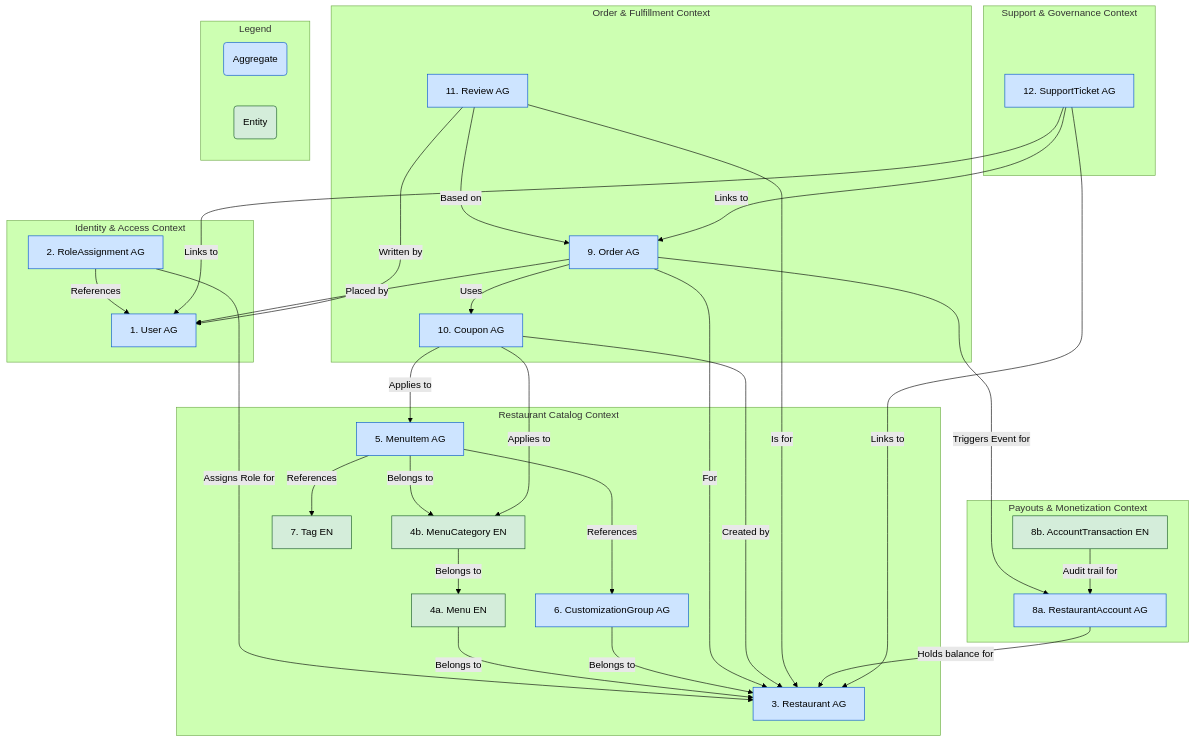
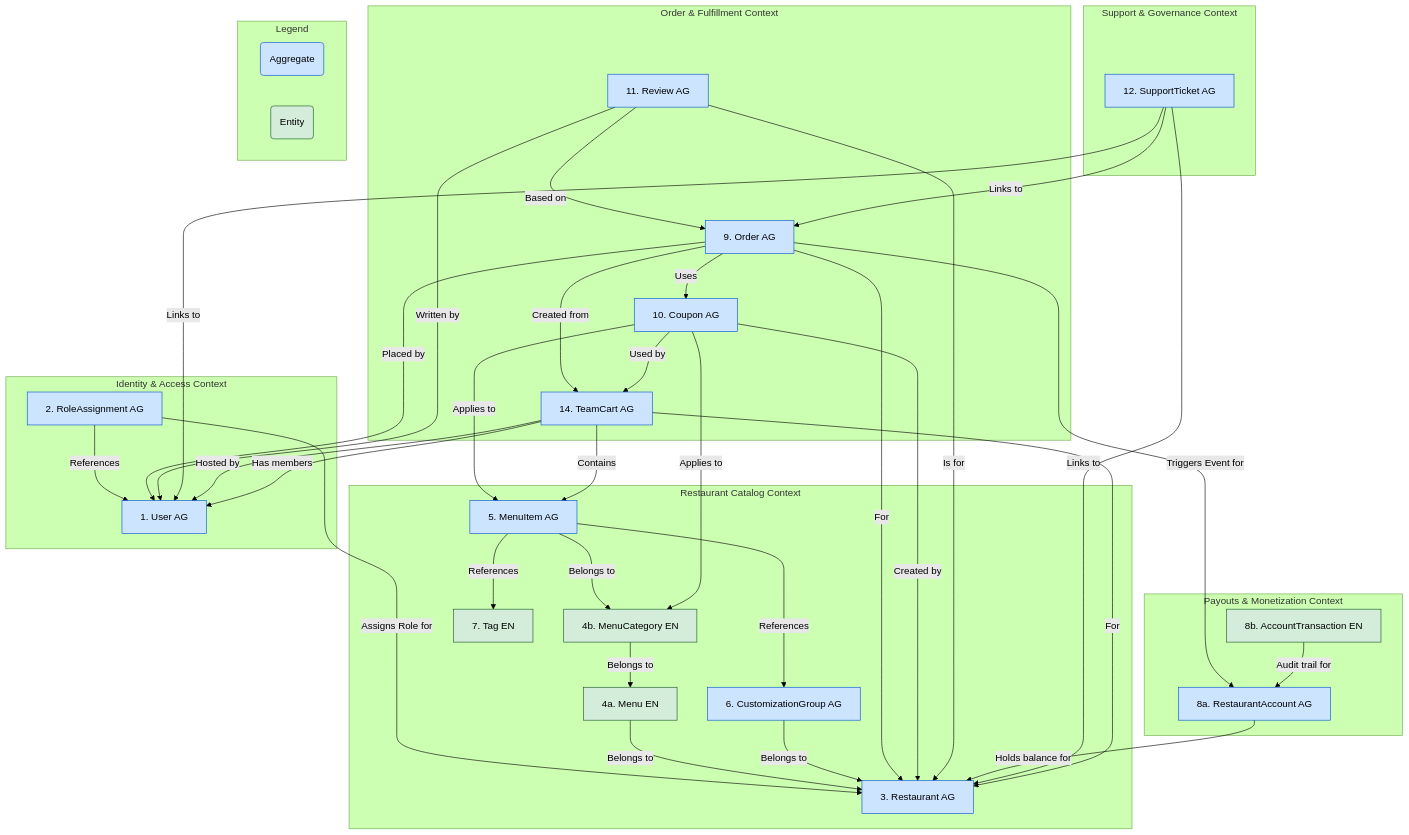
One commit to hoangvu1420/YummyZoom changed the diagram in Docs/Architecture/Domain_Design.md. Above: the diagram before and after it, drawn with Mermaid (forest theme). The commit also changed other lines of this file and 3 other files, not shown here.

First line of the commit message:
feat(team-cart): Implement and document TeamCart aggregate

````diff
--- a/Docs/Architecture/Domain_Design.md
+++ b/Docs/Architecture/Domain_Design.md
@@ -363,6 +424,7 @@
         O[9. Order AG]
         C[10. Coupon AG]
         RV[11. Review AG]
+        TC[14. TeamCart AG]
     end
     
     subgraph Payouts & Monetization Context
@@ -399,10 +461,12 @@
     O -- For --> R
     O -- Uses --> C
     O -- Triggers Event for --> RAcc
+    O -- Created from --> TC
 
     C -- Created by --> R
     C -- Applies to --> MenuItem
     C -- Applies to --> MenuCat
+    C -- Used by --> TC
 
     RV -- Based on --> O
     RV -- Written by --> U
@@ -414,6 +478,11 @@
     ST -- Links to --> U
     ST -- Links to --> O
     ST -- Links to --> R
+    
+    TC -- Hosted by --> U
+    TC -- Has members --> U
+    TC -- For --> R
+    TC -- Contains --> MenuItem
     
     %% Styling
     style U fill:#cde4ff,stroke:#0052cc
@@ -430,4 +499,5 @@
     style RAcc fill:#cde4ff,stroke:#0052cc
     style AccTrans fill:#d4edda,stroke:#155724
     style ST fill:#cde4ff,stroke:#0052cc
+    style TC fill:#cde4ff,stroke:#0052cc
 ```
````
